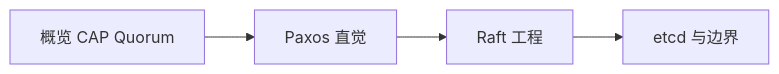
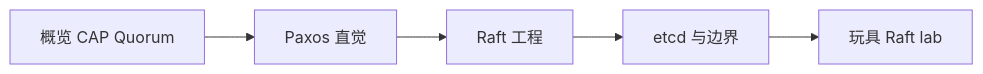
One commit to y-Adrian/LocalBlog changed the diagram in content/分布式系统/共识算法/index.md. Above: the diagram before and after it, drawn with Mermaid. The commit also changed other lines of this file and 14 other files, not shown here.

First line of the commit message:
docs: 补齐玩具 Raft lab 与 RISC-V 特权模式教程

````diff
--- a/content/分布式系统/共识算法/index.md
+++ b/content/分布式系统/共识算法/index.md
@@ -28,8 +28,9 @@
 ```mermaid
 flowchart LR
   O[概览 CAP Quorum]
   P[Paxos 直觉]
   R[Raft 工程]
   E[etcd 与边界]
-  O --> P --> R --> E
+  T[玩具 Raft lab]
+  O --> P --> R --> E --> T
 ```
````
